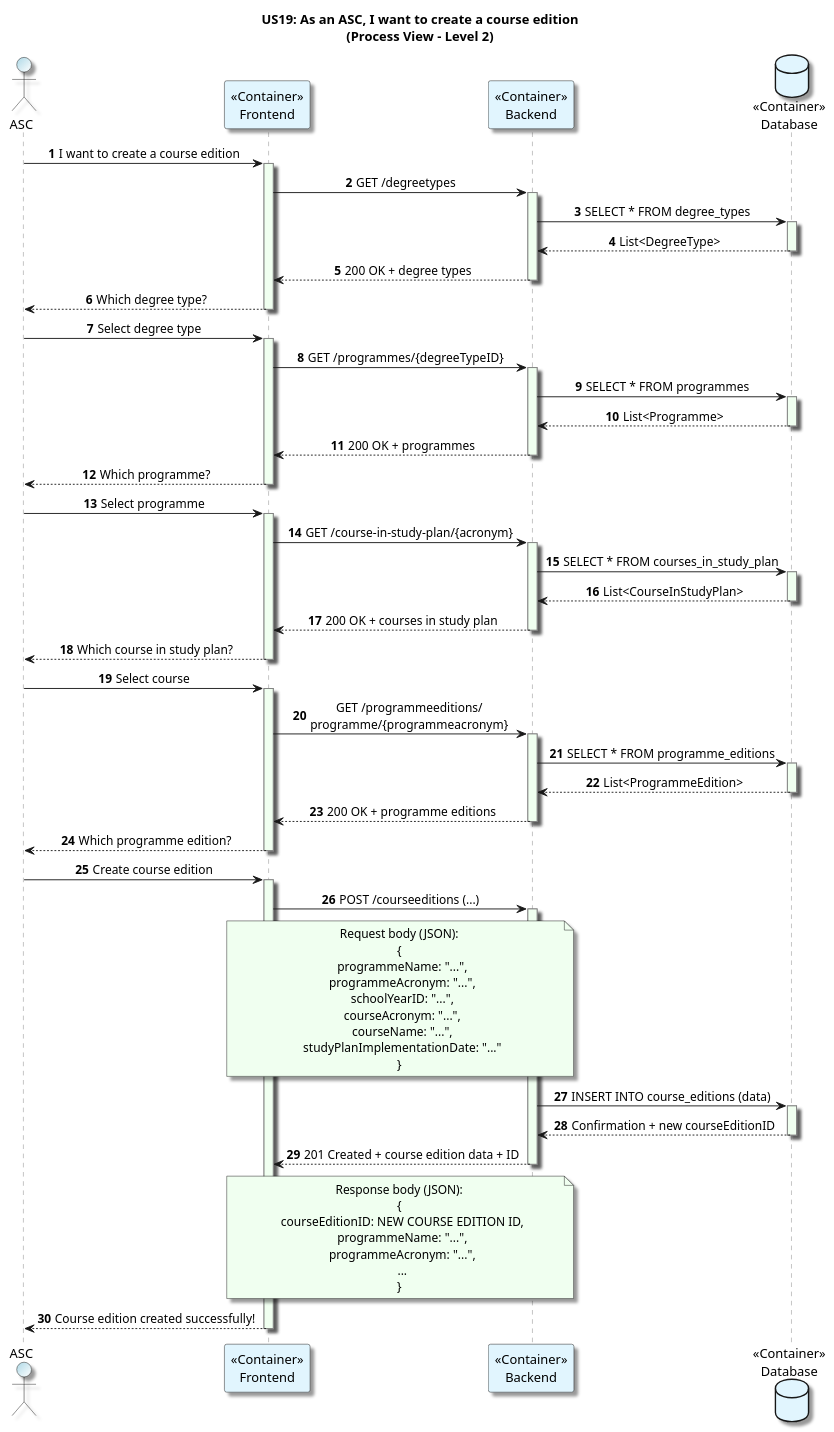
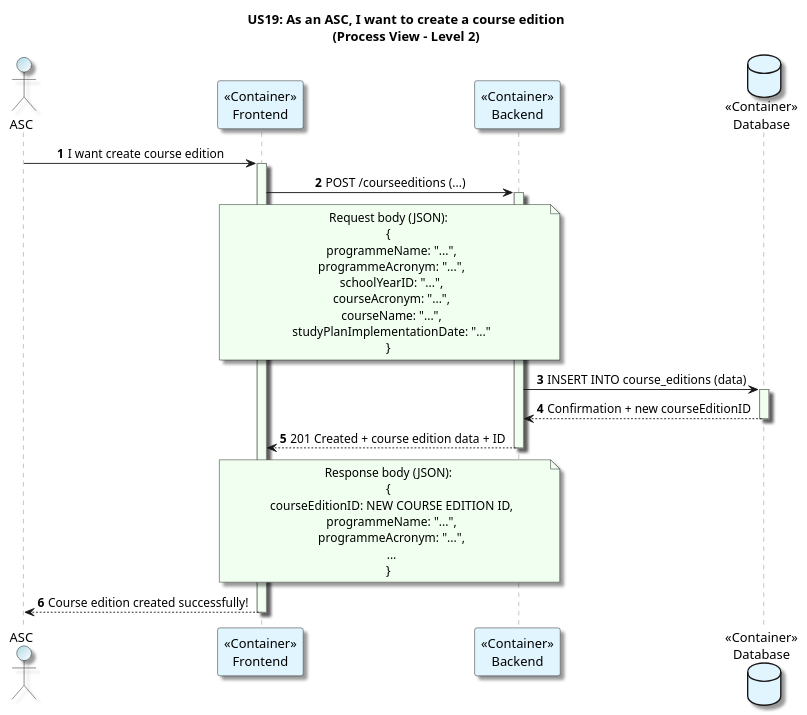
The diagram in docs/US19/Sprint7_RestAPI/ProcessView/Level2Granularity.puml (GasparISEP/DevOps-PAI), drawn with PlantUML before and after one commit.

Commit message:
[docs]: Update and simplify for course edition creation in Level 2 granularity diagram #708 #710

```diff
--- a/docs/US19/Sprint7_RestAPI/ProcessView/Level2Granularity.puml
+++ b/docs/US19/Sprint7_RestAPI/ProcessView/Level2Granularity.puml
@@ -1,107 +1,56 @@
 @startuml
 title: US19: As an ASC, I want to create a course edition\n(Process View - Level 2)
 autonumber
 
 skinparam {
   ActivityPadding 2
   ActivityMargin 2
   BoxPadding 2
 }
 skinparam sequence {
     LifeLineBorderColor Grey
     LifeLineBackgroundColor HoneyDew
 }
 skinparam defaultTextAlignment center
 skinparam shadowing true
 
 actor ASC  #LightBlue/White
 participant "<<Container>>\nFrontend" as Frontend #E1F5FE
 participant "<<Container>>\nBackend" as Backend #E1F5FE
 database "<<Container>>\nDatabase" as Database #E1F5FE
 
-ASC -> Frontend: I want to create a course edition
-activate Frontend
 
-Frontend -> Backend: GET /degreetypes
-activate Backend
-Backend -> Database: SELECT * FROM degree_types
-activate Database
-Database --> Backend: List<DegreeType>
-deactivate Database
-Backend --> Frontend: 200 OK + degree types
-deactivate Backend
-Frontend --> ASC: Which degree type?
-deactivate Frontend
 
-ASC -> Frontend: Select degree type
-activate Frontend
-Frontend -> Backend: GET /programmes/{degreeTypeID}
-activate Backend
-Backend -> Database: SELECT * FROM programmes
-activate Database
-Database --> Backend: List<Programme>
-deactivate Database
-Backend --> Frontend: 200 OK + programmes
-deactivate Backend
-Frontend --> ASC: Which programme?
-deactivate Frontend
-
-ASC -> Frontend: Select programme
-activate Frontend
-Frontend -> Backend: GET /course-in-study-plan/{acronym}
-activate Backend
-Backend -> Database: SELECT * FROM courses_in_study_plan
-activate Database
-Database --> Backend: List<CourseInStudyPlan>
-deactivate Database
-Backend --> Frontend: 200 OK + courses in study plan
-deactivate Backend
-Frontend --> ASC: Which course in study plan?
-deactivate Frontend
-
-ASC -> Frontend: Select course
-activate Frontend
-Frontend -> Backend: GET /programmeeditions/\nprogramme/{programmeacronym}
-activate Backend
-Backend -> Database: SELECT * FROM programme_editions
-activate Database
-Database --> Backend: List<ProgrammeEdition>
-deactivate Database
-Backend --> Frontend: 200 OK + programme editions
-deactivate Backend
-Frontend --> ASC: Which programme edition?
-deactivate Frontend
-
-ASC -> Frontend: Create course edition
+ASC -> Frontend: I want create course edition
 activate Frontend
 Frontend -> Backend: POST /courseeditions (...)
 note over Frontend, Backend #HoneyDew
 Request body (JSON):
 {
   programmeName: "...",
   programmeAcronym: "...",
   schoolYearID: "...",
   courseAcronym: "...",
   courseName: "...",
   studyPlanImplementationDate: "..."
 }
 end note
 activate Backend
 Backend -> Database: INSERT INTO course_editions (data)
 activate Database
 Database --> Backend: Confirmation + new courseEditionID
 deactivate Database
 Backend --> Frontend: 201 Created + course edition data + ID
 note over Backend, Frontend #HoneyDew
 Response body (JSON):
 {
   courseEditionID: NEW COURSE EDITION ID,
   programmeName: "...",
   programmeAcronym: "...",
   ...
 }
 end note
 deactivate Backend
 Frontend --> ASC: Course edition created successfully!
 deactivate Frontend
 @enduml
```
